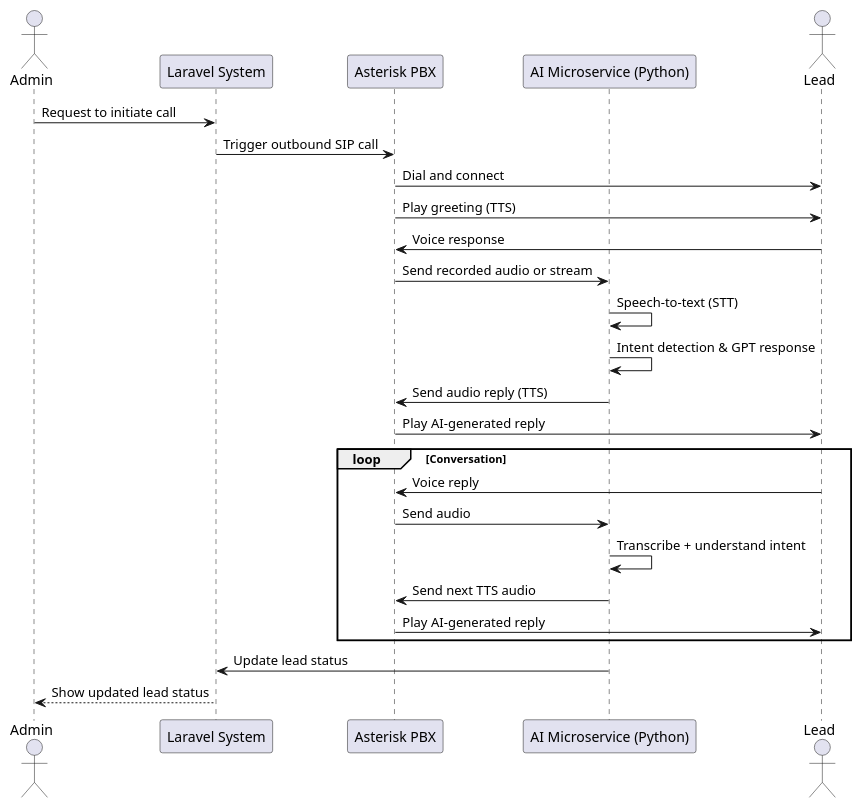
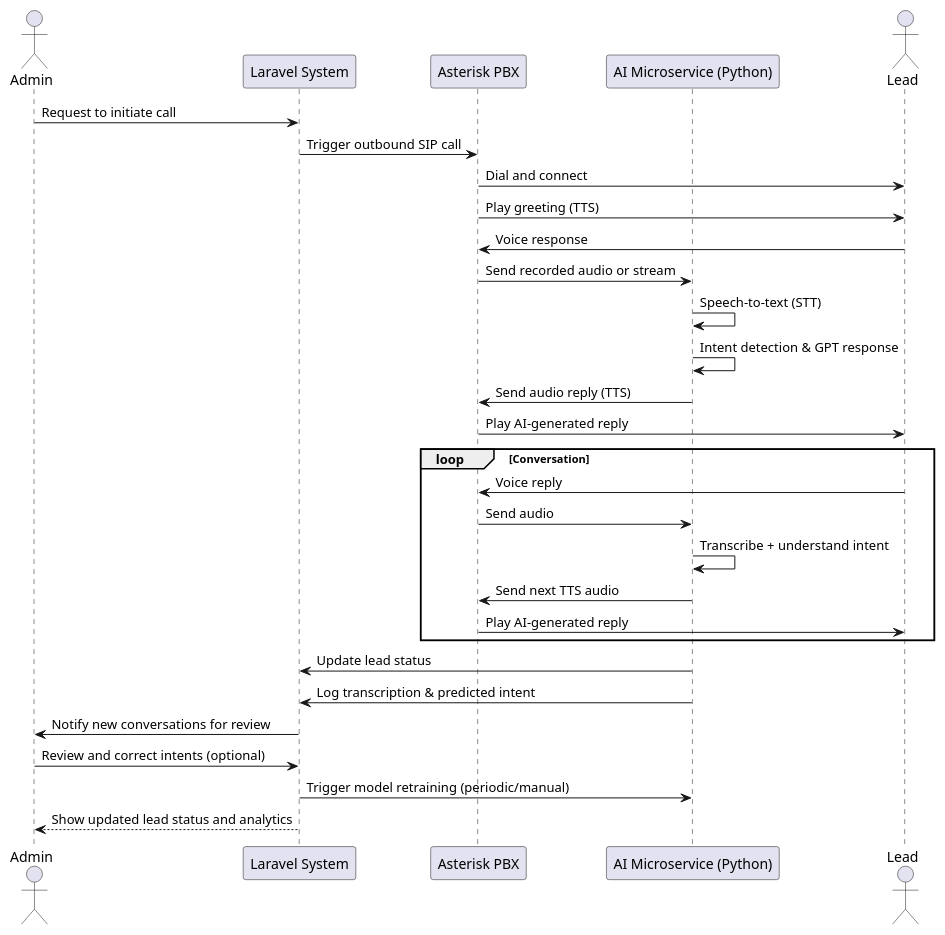
Before and after one commit to Tribak-Ayoub/AI-Voice-Assistant: the diagram in Functional-Branch/Sequence-Diagrams/SequenceDiagram_AIQualificationCall.puml, drawn with PlantUML. The commit also changed 1 other file, not shown here.

Commit message:
update sequence diagram and add intent flow diagram

```diff
--- a/Functional-Branch/Sequence-Diagrams/SequenceDiagram_AIQualificationCall.puml
+++ b/Functional-Branch/Sequence-Diagrams/SequenceDiagram_AIQualificationCall.puml
@@ -1,30 +1,35 @@
 @startuml
 actor Admin
 participant "Laravel System" as Laravel
 participant "Asterisk PBX" as Asterisk
 participant "AI Microservice (Python)" as AI
 actor Lead
 
 Admin -> Laravel: Request to initiate call
 Laravel -> Asterisk: Trigger outbound SIP call
 Asterisk -> Lead: Dial and connect
 Asterisk -> Lead: Play greeting (TTS)
 Lead -> Asterisk: Voice response
 Asterisk -> AI: Send recorded audio or stream
 
 AI -> AI: Speech-to-text (STT)
 AI -> AI: Intent detection & GPT response
 AI -> Asterisk: Send audio reply (TTS)
 Asterisk -> Lead: Play AI-generated reply
 
 loop Conversation
-Lead -> Asterisk: Voice reply
-Asterisk -> AI: Send audio
-AI -> AI: Transcribe + understand intent
-AI -> Asterisk: Send next TTS audio
-Asterisk -> Lead: Play AI-generated reply
+  Lead -> Asterisk: Voice reply
+  Asterisk -> AI: Send audio
+  AI -> AI: Transcribe + understand intent
+  AI -> Asterisk: Send next TTS audio
+  Asterisk -> Lead: Play AI-generated reply
 end
 
 AI -> Laravel: Update lead status
-Laravel --> Admin: Show updated lead status
+AI -> Laravel: Log transcription & predicted intent
+Laravel -> Admin: Notify new conversations for review
+Admin -> Laravel: Review and correct intents (optional)
+Laravel -> AI: Trigger model retraining (periodic/manual)
+
+Laravel --> Admin: Show updated lead status and analytics
 @enduml
```
